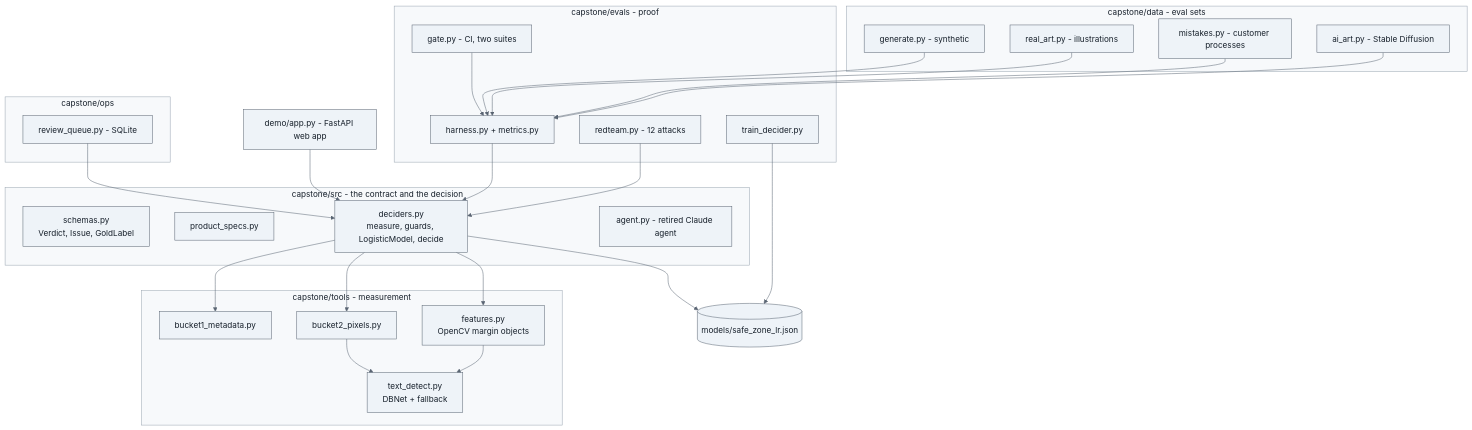
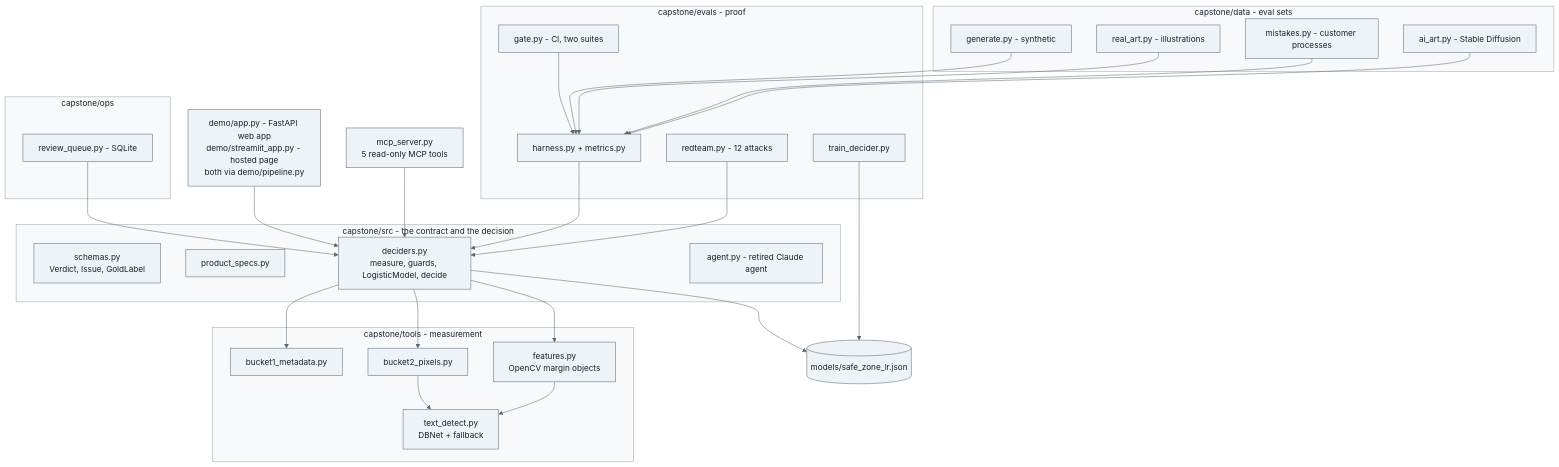
Before and after one commit to ashvolt/agents: the fifth of 14 diagrams in capstone/docs/learn.md, drawn with Mermaid. The commit also changed other lines of this file, not shown here.

First line of the commit message:
docs(learn): bring the guide up to main - MCP server, Streamlit page, doc statuses

````diff
--- a/capstone/docs/learn.md
+++ b/capstone/docs/learn.md
@@ -363,44 +367,46 @@
 ```mermaid
 %%{init: {"theme":"base","themeVariables":{"background":"#ffffff","fontFamily":"Arial, Helvetica, sans-serif","primaryColor":"#eef3f8","primaryTextColor":"#17202b","primaryBorderColor":"#5a6573","secondaryColor":"#f5f7fa","secondaryTextColor":"#17202b","tertiaryColor":"#ffffff","tertiaryTextColor":"#17202b","lineColor":"#5a6573","textColor":"#17202b","titleColor":"#17202b","nodeTextColor":"#17202b","edgeLabelBackground":"#ffffff","clusterBkg":"#f7f9fb","clusterBorder":"#9aa5b1","cScale0":"#dbeafe","cScaleLabel0":"#17202b","cScalePeer0":"#5a6573","cScale1":"#dcfce7","cScaleLabel1":"#17202b","cScalePeer1":"#5a6573","cScale2":"#fef3c7","cScaleLabel2":"#17202b","cScalePeer2":"#5a6573","cScale3":"#fce7f3","cScaleLabel3":"#17202b","cScalePeer3":"#5a6573","cScale4":"#e0e7ff","cScaleLabel4":"#17202b","cScalePeer4":"#5a6573","cScale5":"#ccfbf1","cScaleLabel5":"#17202b","cScalePeer5":"#5a6573","cScale6":"#ffedd5","cScaleLabel6":"#17202b","cScalePeer6":"#5a6573","cScale7":"#f1f5f9","cScaleLabel7":"#17202b","cScalePeer7":"#5a6573"}}}%%
 flowchart TB
     classDef default fill:#eef3f8,stroke:#5a6573,color:#17202b
     subgraph src["capstone/src - the contract and the decision"]
         S["schemas.py<br/>Verdict, Issue, GoldLabel"]
         PS["product_specs.py"]
         DEC["deciders.py<br/>measure, guards, LogisticModel, decide"]
         AG["agent.py - retired Claude agent"]
     end
     subgraph tools["capstone/tools - measurement"]
         B1["bucket1_metadata.py"]
         TD["text_detect.py<br/>DBNet + fallback"]
         B2["bucket2_pixels.py"]
         FE["features.py<br/>OpenCV margin objects"]
     end
     subgraph evals["capstone/evals - proof"]
         H["harness.py + metrics.py"]
         G["gate.py - CI, two suites"]
         RT["redteam.py - 12 attacks"]
         TR["train_decider.py"]
     end
     subgraph data["capstone/data - eval sets"]
         GEN["generate.py - synthetic"]
         RA["real_art.py - illustrations"]
         MI["mistakes.py - customer processes"]
         AI["ai_art.py - Stable Diffusion"]
     end
     subgraph ops["capstone/ops"]
         RQ["review_queue.py - SQLite"]
     end
-    DEMO["demo/app.py - FastAPI web app"]
+    DEMO["demo/app.py - FastAPI web app<br/>demo/streamlit_app.py - hosted page<br/>both via demo/pipeline.py"]
+    MCPS["mcp_server.py<br/>5 read-only MCP tools"]
+    MCPS --> DEC
     DEC --> B1 & B2 & FE
     B2 --> TD
     FE --> TD
     DEC --> MOD[("models/safe_zone_lr.json")]
     TR --> MOD
     H --> DEC
     G --> H
     RT --> DEC
     RQ --> DEC
     DEMO --> DEC
     GEN & RA & MI & AI --> H
 ```
````
